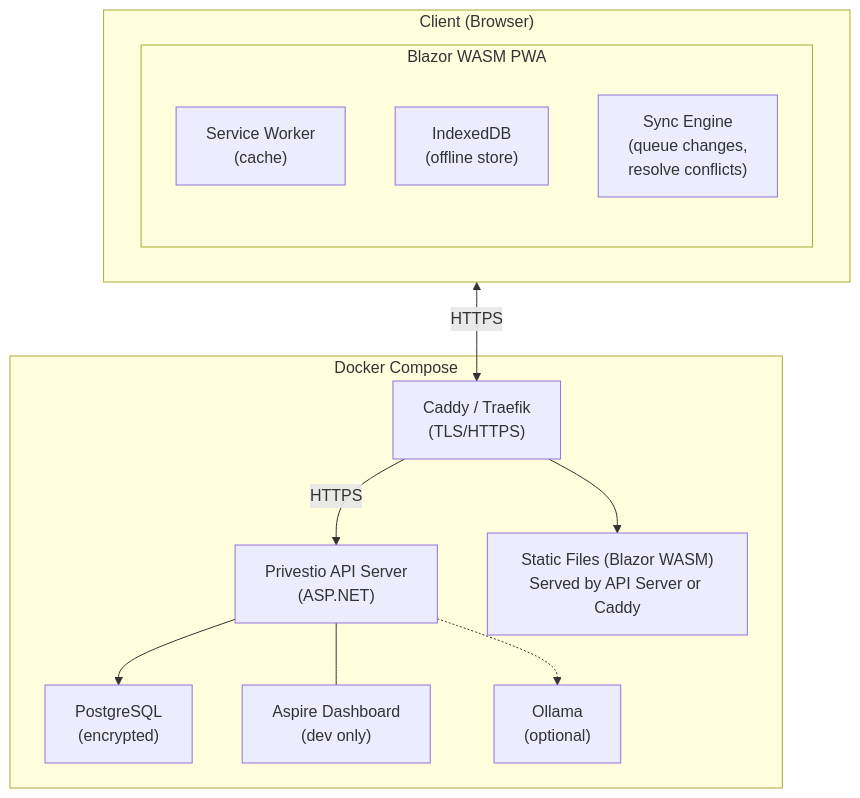
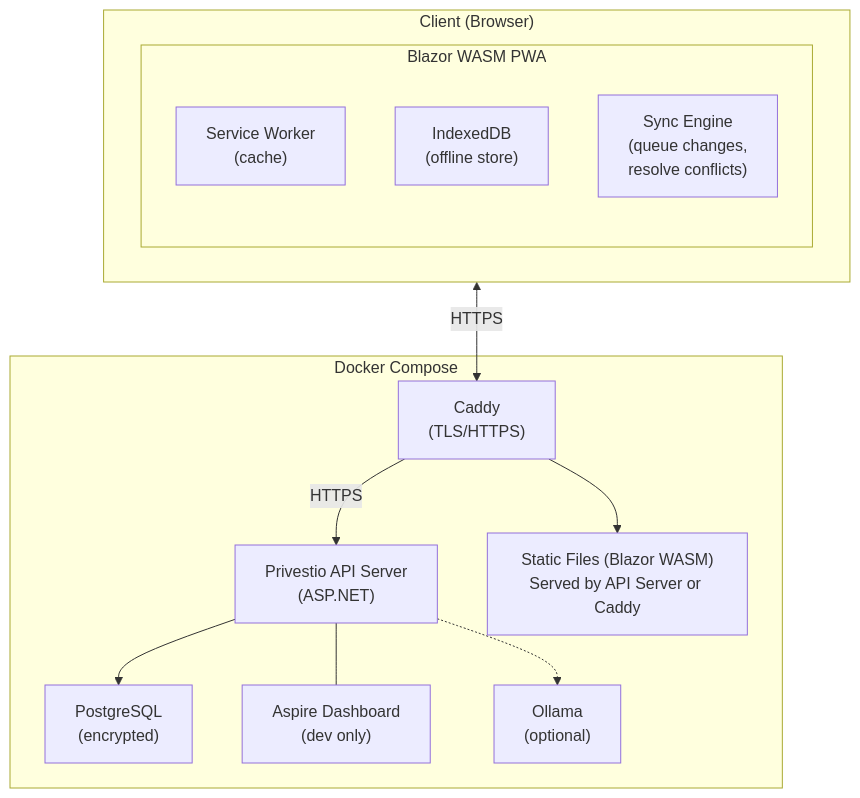
The first of 5 diagrams in docs/IMPLEMENTATION-PLAN.md (davidhayesbc/finance), drawn with Mermaid before and after one commit. The commit also changed other lines of this file and 4 other files, not shown here.

Commit message:
feat(docs): Update documentation for plugin architecture, data loader, and implementation plan

````diff
--- a/docs/IMPLEMENTATION-PLAN.md
+++ b/docs/IMPLEMENTATION-PLAN.md
@@ -71,27 +72,27 @@
 ```mermaid
 graph TB
     subgraph Docker["Docker Compose"]
-        Caddy["Caddy / Traefik<br/>(TLS/HTTPS)"]
+        Caddy["Caddy<br/>(TLS/HTTPS)"]
         API["Privestio API Server<br/>(ASP.NET)"]
         PG["PostgreSQL<br/>(encrypted)"]
         Aspire["Aspire Dashboard<br/>(dev only)"]
         Ollama["Ollama<br/>(optional)"]
         Static["Static Files (Blazor WASM)<br/>Served by API Server or Caddy"]
 
         Caddy -->|HTTPS| API
         API --> PG
         API --- Aspire
         API -.-> Ollama
         Caddy --> Static
     end
 
     subgraph Browser["Client (Browser)"]
         subgraph PWA["Blazor WASM PWA"]
             SW["Service Worker<br/>(cache)"]
             IDB["IndexedDB<br/>(offline store)"]
             Sync["Sync Engine<br/>(queue changes,<br/>resolve conflicts)"]
         end
     end
 
     Browser <-->|HTTPS| Caddy
 ```
````
